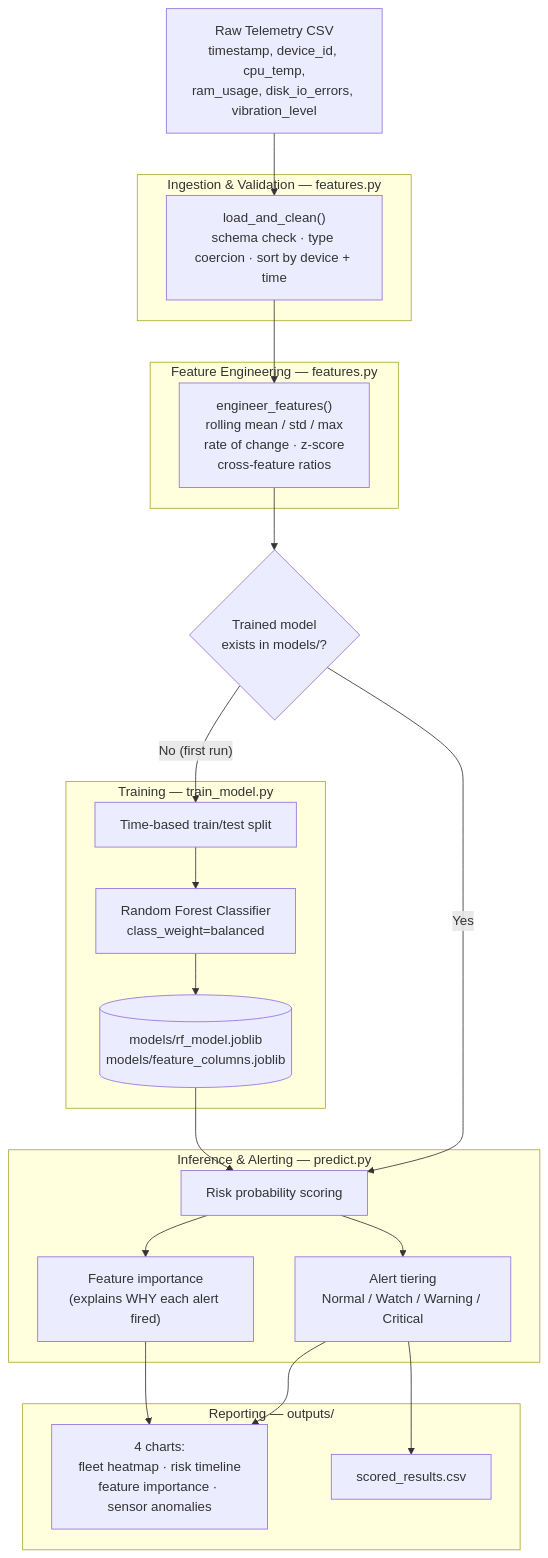
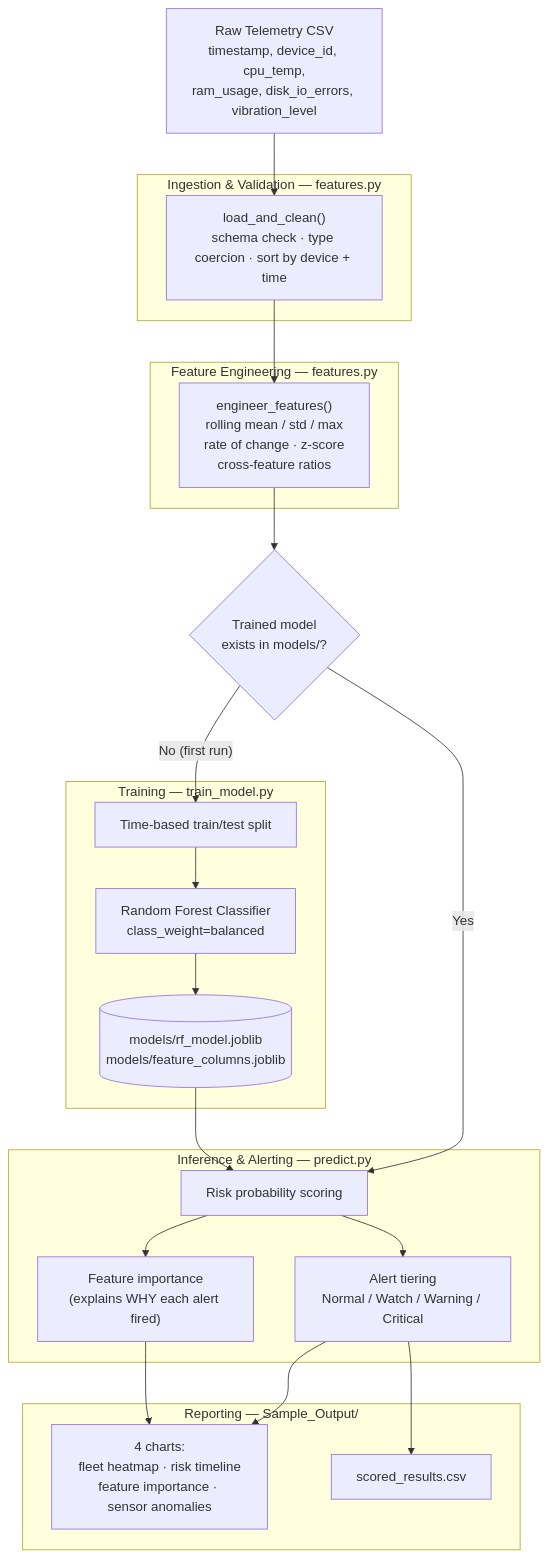
The diagram in README.md (Anishsingh14/AnomalyX), drawn with Mermaid before and after one commit. The commit also changed other lines of this file and 1 other file, not shown here.

````diff
--- a/README.md
+++ b/README.md
@@ -33,40 +33,40 @@
 ```mermaid
 flowchart TD
     A["Raw Telemetry CSV\ntimestamp, device_id, cpu_temp,\nram_usage, disk_io_errors, vibration_level"] --> B
 
     subgraph INGEST["Ingestion & Validation — features.py"]
         B["load_and_clean()\nschema check · type coercion · sort by device + time"]
     end
 
     B --> C
 
     subgraph FEATURE["Feature Engineering — features.py"]
         C["engineer_features()\nrolling mean / std / max\nrate of change · z-score\ncross-feature ratios"]
     end
 
     C --> D{"Trained model\nexists in models/?"}
     D -- "No (first run)" --> E
     D -- "Yes" --> G
 
     subgraph TRAIN["Training — train_model.py"]
         E["Time-based train/test split"] --> F["Random Forest Classifier\nclass_weight=balanced"]
         F --> M[("models/rf_model.joblib\nmodels/feature_columns.joblib")]
     end
 
     M --> G
 
     subgraph INFER["Inference & Alerting — predict.py"]
         G["Risk probability scoring"] --> H["Alert tiering\nNormal / Watch / Warning / Critical"]
         G --> IMP["Feature importance\n(explains WHY each alert fired)"]
     end
 
     H --> O
     IMP --> O
 
-    subgraph REPORT["Reporting — outputs/"]
+    subgraph REPORT["Reporting — Sample_Output/"]
         O["4 charts:\nfleet heatmap · risk timeline\nfeature importance · sensor anomalies"]
         O2["scored_results.csv"]
     end
 
     H --> O2
 ```
````
